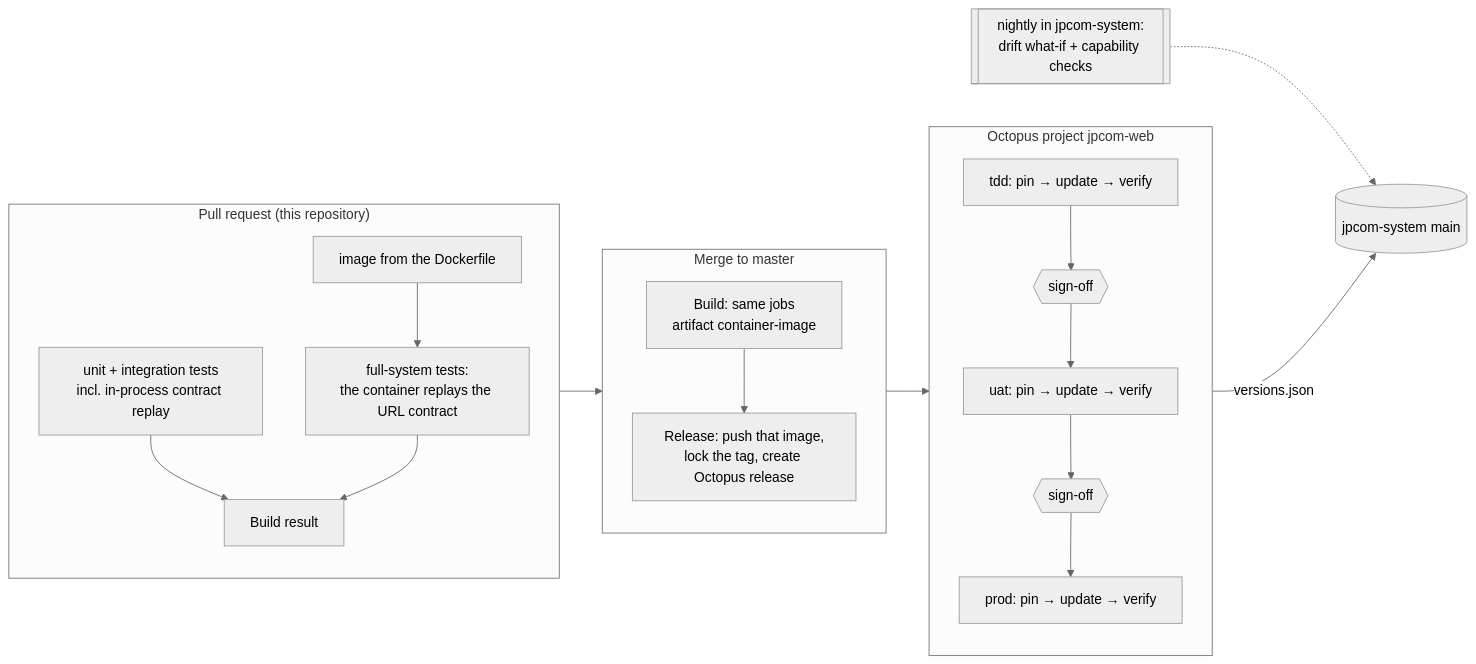
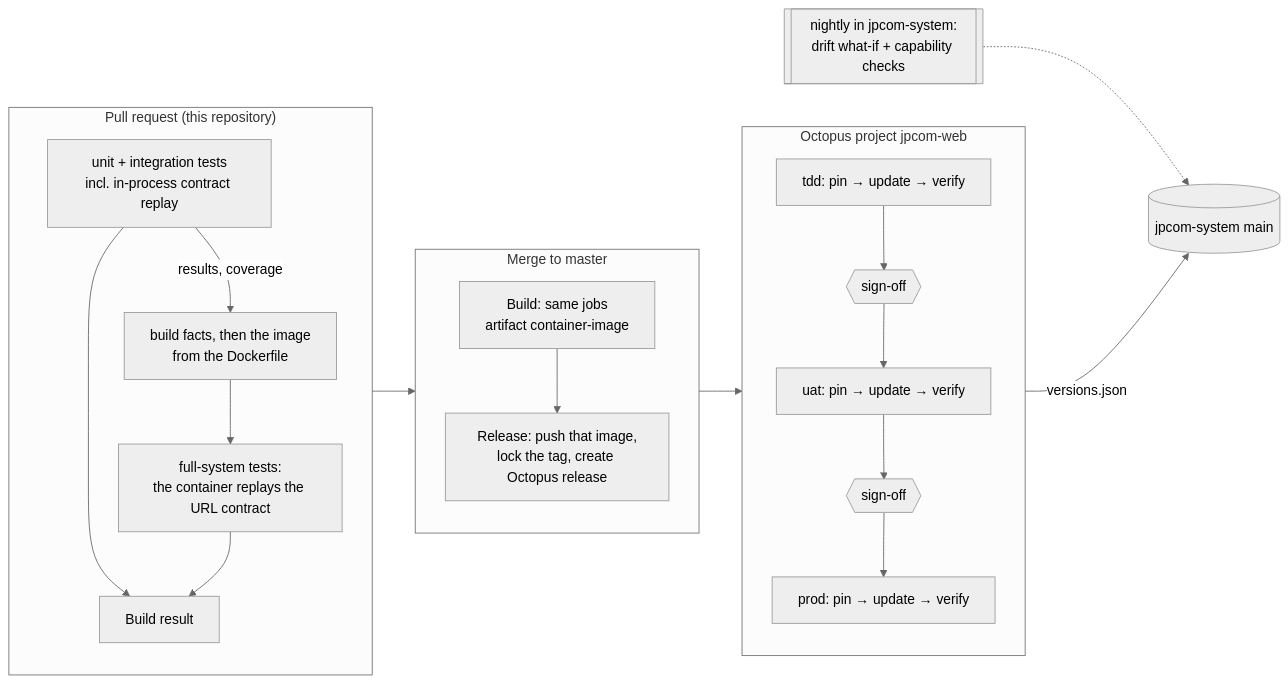
The seventh of 7 diagrams in docs/architecture/README.md (jeffreypalermo-sites/jeffreypalermo.com), drawn with Mermaid (neutral theme) before and after one commit. The commit also changed other lines of this file and 23 other files, not shown here.

````diff
--- a/docs/architecture/README.md
+++ b/docs/architecture/README.md
@@ -430,18 +431,18 @@
 ```mermaid
 flowchart LR
     subgraph PR["Pull request (this repository)"]
         t1[unit + integration tests<br/>incl. in-process contract replay]
-        i1[image from the Dockerfile] --> f1[full-system tests:<br/>the container replays the URL contract]
+        t1 -- "results, coverage" --> i1[build facts, then the image<br/>from the Dockerfile] --> f1[full-system tests:<br/>the container replays the URL contract]
         t1 --> br[Build result]
         f1 --> br
     end
     subgraph Main["Merge to master"]
         b2[Build: same jobs<br/>artifact container-image] --> rel[Release: push that image,<br/>lock the tag, create Octopus release]
     end
     subgraph Octo["Octopus project jpcom-web"]
         tdd[tdd: pin → update → verify] --> so1{{sign-off}} --> uat[uat: pin → update → verify] --> so2{{sign-off}} --> prod[prod: pin → update → verify]
     end
     PR --> Main --> Octo
     Octo -- "versions.json" --> sys[(jpcom-system main)]
     nightly[[nightly in jpcom-system:<br/>drift what-if + capability checks]] -.-> sys
 ```
````
